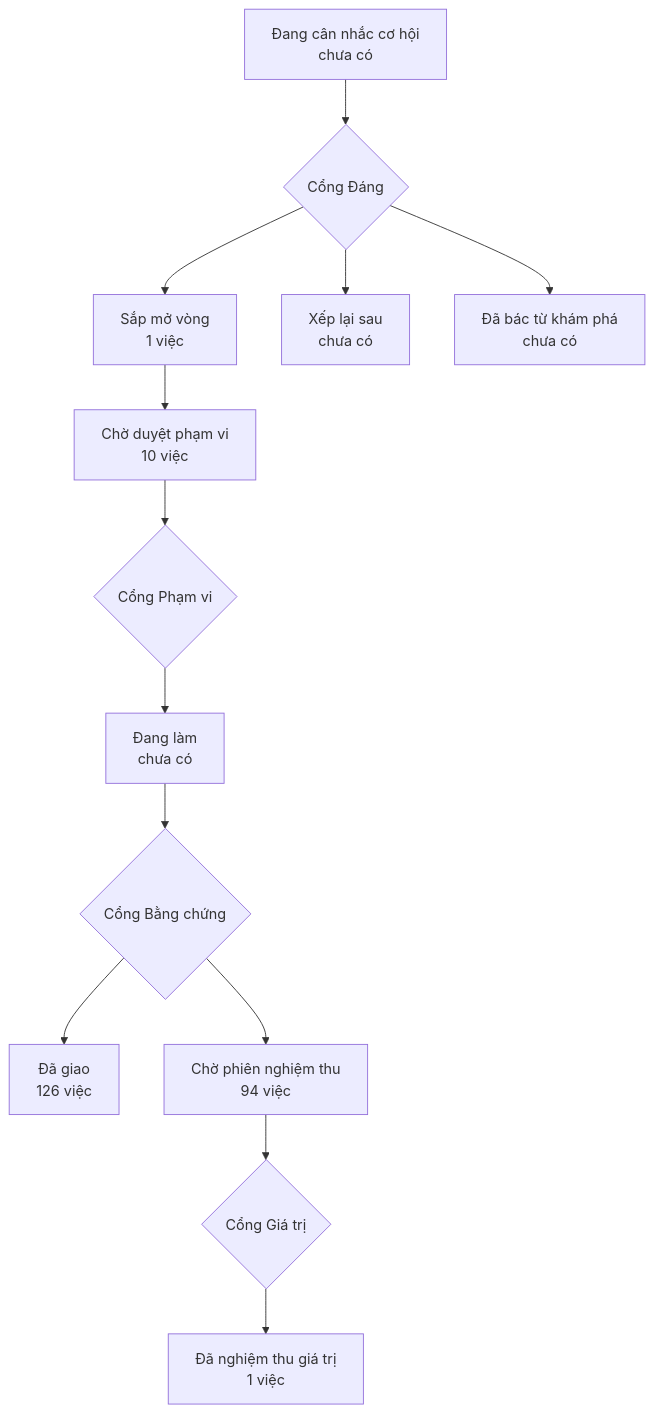
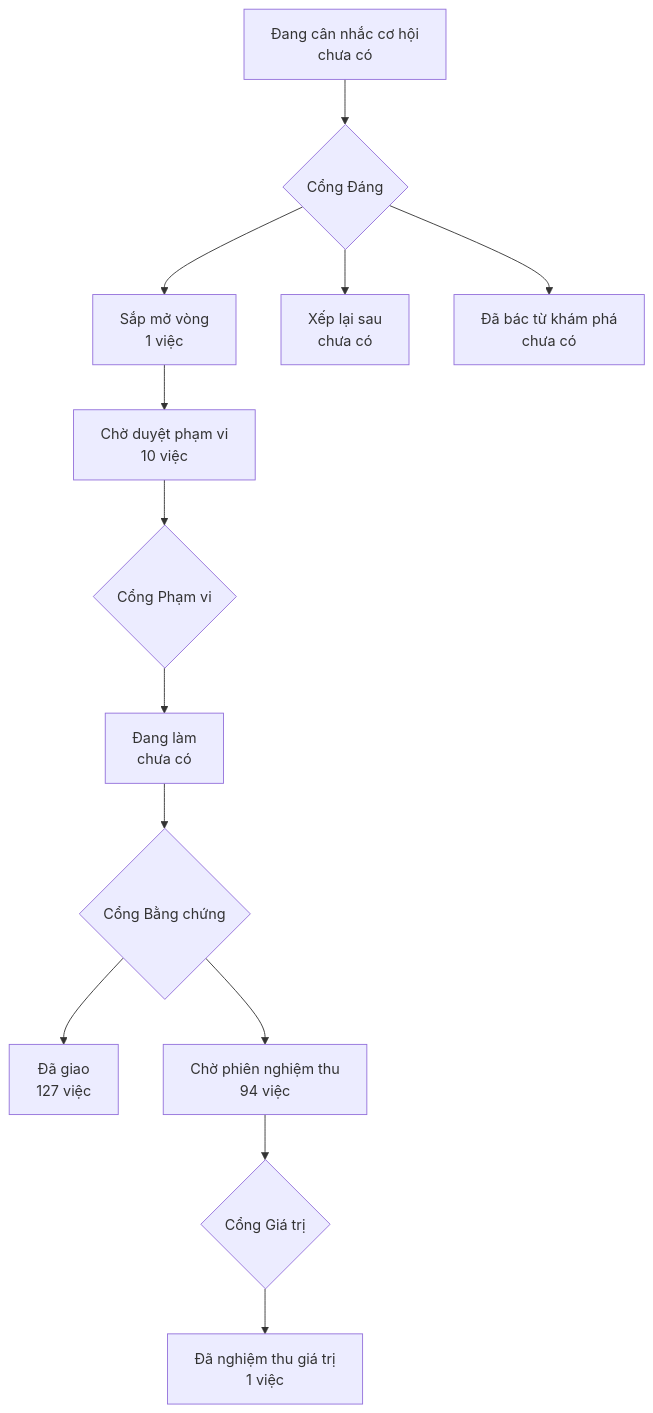
One commit to phanlemanh/onehub-invest changed the diagram in PRODUCT-MAP.md. Above: the diagram before and after it, drawn with Mermaid. The commit also changed other lines of this file and 1 other file, not shown here.

Commit message:
chore: vẽ lại bản đồ sau khi gộp main

````diff
--- a/PRODUCT-MAP.md
+++ b/PRODUCT-MAP.md
@@ -7,12 +7,12 @@
 ```mermaid
 flowchart TD
   A["Đang cân nhắc cơ hội<br/>chưa có"] --> GD{"Cổng Đáng"}
   GD --> B["Sắp mở vòng<br/>1 việc"]
   GD --> XL["Xếp lại sau<br/>chưa có"]
   GD --> DB["Đã bác từ khám phá<br/>chưa có"]
   B --> CD["Chờ duyệt phạm vi<br/>10 việc"] --> GP{"Cổng Phạm vi"}
   GP --> DL["Đang làm<br/>chưa có"] --> GB{"Cổng Bằng chứng"}
-  GB --> DG["Đã giao<br/>126 việc"]
+  GB --> DG["Đã giao<br/>127 việc"]
   GB --> CN["Chờ phiên nghiệm thu<br/>94 việc"] --> GG{"Cổng Giá trị"}
   GG --> NT["Đã nghiệm thu giá trị<br/>1 việc"]
 ```
````
